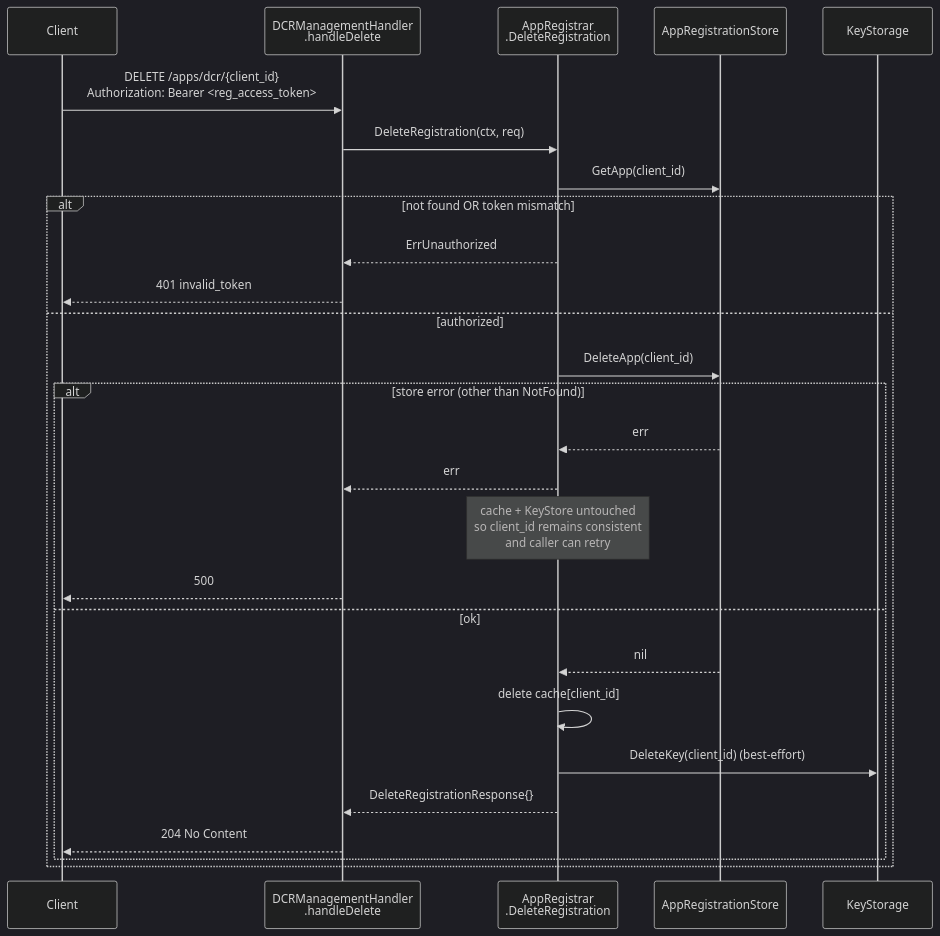
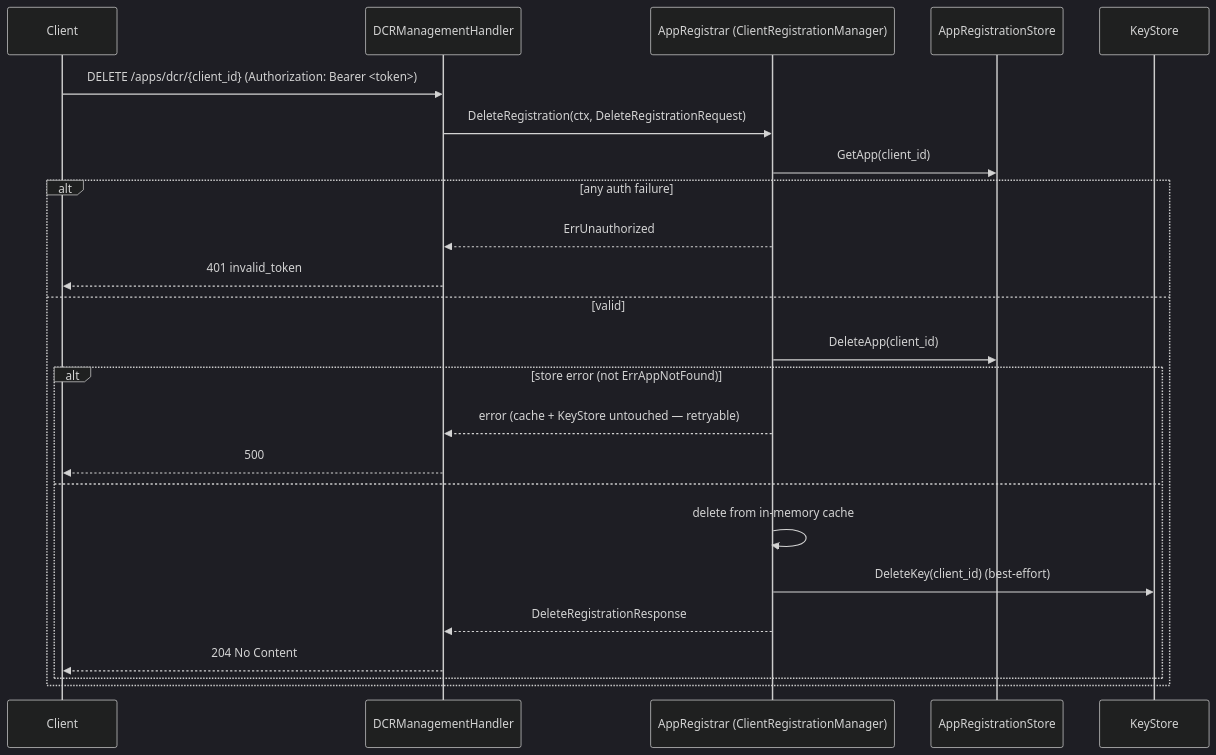
Before and after one commit to panyam/oneauth: the fourth of 4 diagrams in admin/DESIGN.md, drawn with Mermaid (dark theme). The commit also changed other lines of this file and 42 other files, not shown here.

````diff
--- a/admin/DESIGN.md
+++ b/admin/DESIGN.md
@@ -161,30 +200,27 @@
 ```mermaid
 sequenceDiagram
     participant Client
-    participant H as DCRManagementHandler<br/>.handleDelete
-    participant Mgr as AppRegistrar<br/>.DeleteRegistration
+    participant Mgmt as DCRManagementHandler
+    participant Mgr as AppRegistrar (ClientRegistrationManager)
     participant Store as AppRegistrationStore
-    participant Keys as KeyStorage
+    participant KeyStore
 
-    Client->>H: DELETE /apps/dcr/{client_id}<br/>Authorization: Bearer <reg_access_token>
-    H->>Mgr: DeleteRegistration(ctx, req)
+    Client->>Mgmt: DELETE /apps/dcr/{client_id} (Authorization: Bearer <token>)
+    Mgmt->>Mgr: DeleteRegistration(ctx, DeleteRegistrationRequest)
     Mgr->>Store: GetApp(client_id)
-    alt not found OR token mismatch
-        Mgr-->>H: ErrUnauthorized
-        H-->>Client: 401 invalid_token
-    else authorized
+    alt any auth failure
+        Mgr-->>Mgmt: ErrUnauthorized
+        Mgmt-->>Client: 401 invalid_token
+    else valid
         Mgr->>Store: DeleteApp(client_id)
-        alt store error (other than NotFound)
-            Store-->>Mgr: err
-            Mgr-->>H: err
-            Note over Mgr: cache + KeyStore untouched<br/>so client_id remains consistent<br/>and caller can retry
-            H-->>Client: 500
-        else ok
-            Store-->>Mgr: nil
-            Mgr->>Mgr: delete cache[client_id]
-            Mgr->>Keys: DeleteKey(client_id) (best-effort)
-            Mgr-->>H: DeleteRegistrationResponse{}
-            H-->>Client: 204 No Content
+        alt store error (not ErrAppNotFound)
+            Mgr-->>Mgmt: error (cache + KeyStore untouched — retryable)
+            Mgmt-->>Client: 500
+        else
+            Mgr->>Mgr: delete from in-memory cache
+            Mgr->>KeyStore: DeleteKey(client_id) (best-effort)
+            Mgr-->>Mgmt: DeleteRegistrationResponse
+            Mgmt-->>Client: 204 No Content
         end
     end
 ```
````
